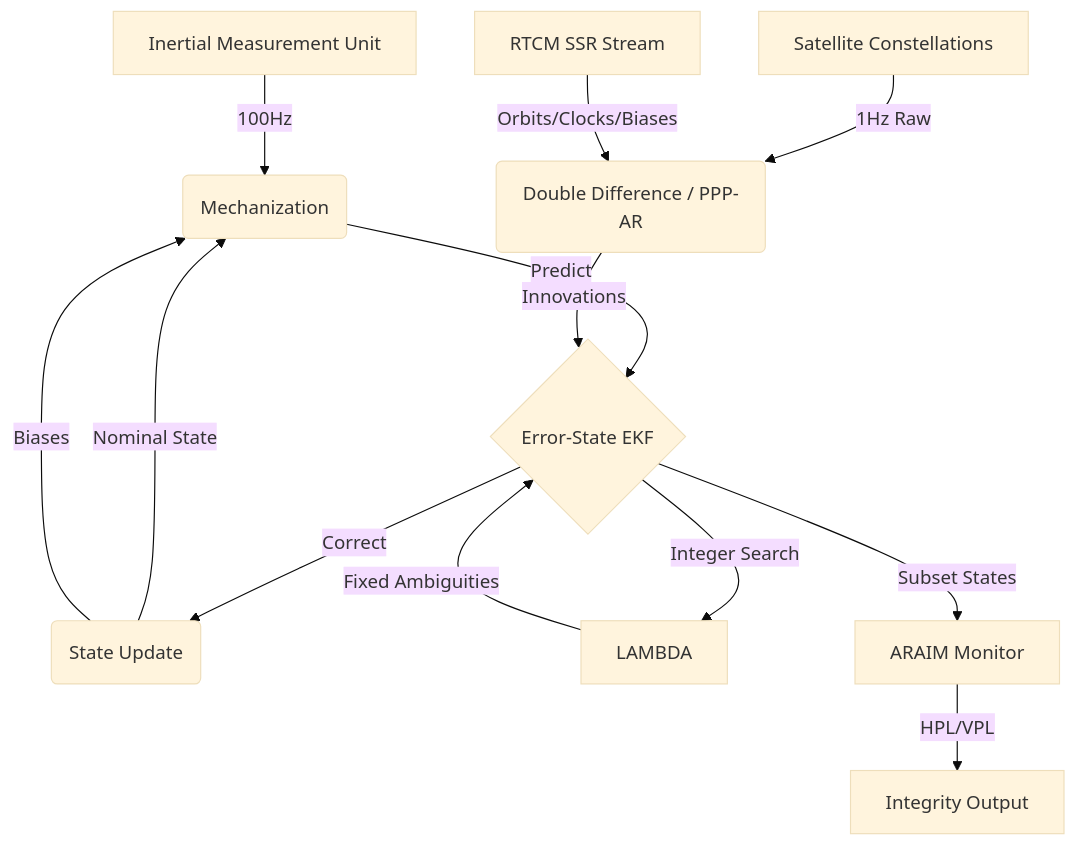
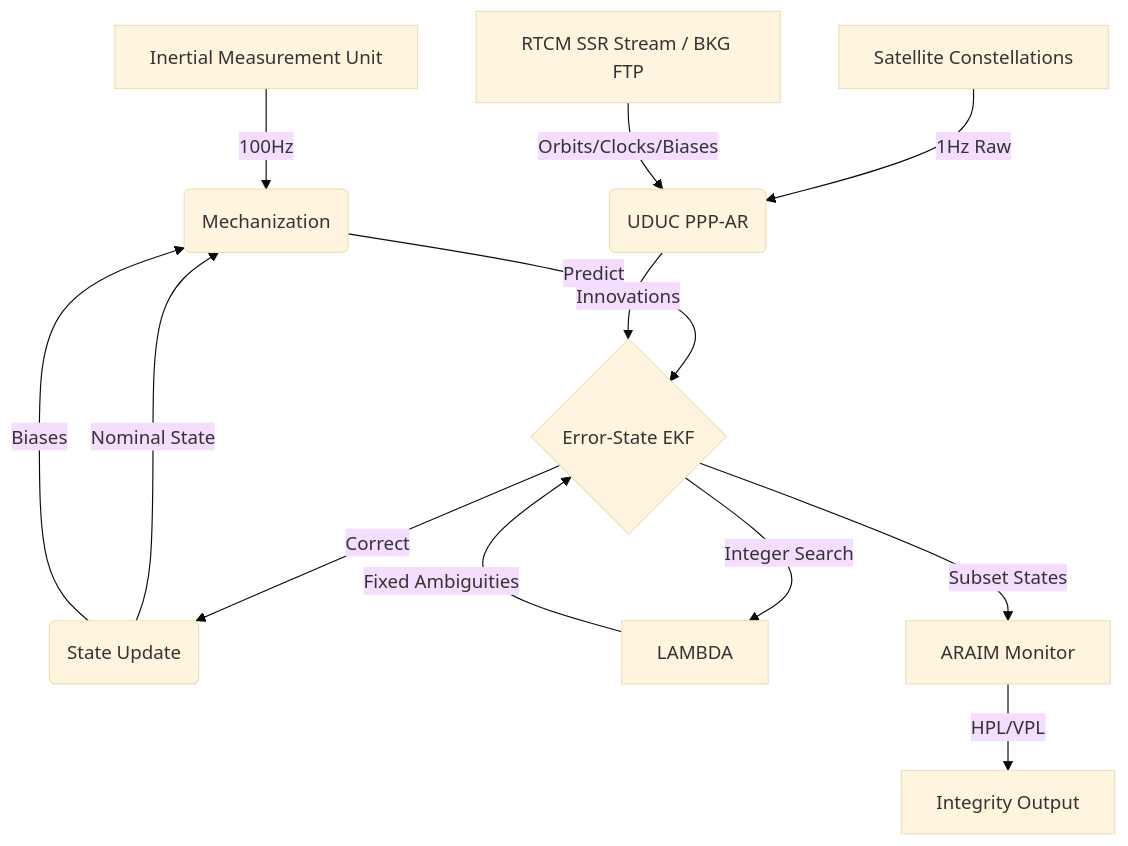
Before and after one commit to bneb/gneiss: the diagram in ARCHITECTURE.md, drawn with Mermaid (base theme). The commit also changed 358 other files, not shown here.

````diff
--- a/ARCHITECTURE.md
+++ b/ARCHITECTURE.md
@@ -16,15 +16,15 @@
 ```mermaid
 graph TD
     A[Inertial Measurement Unit] -->|100Hz| B(Mechanization)
     B -->|Predict| C{Error-State EKF}
-    D[Satellite Constellations] -->|1Hz Raw| E(Double Difference / PPP-AR)
-    S[RTCM SSR Stream] -->|Orbits/Clocks/Biases| E
+    D[Satellite Constellations] -->|1Hz Raw| E(UDUC PPP-AR)
+    S[RTCM SSR Stream / BKG FTP] -->|Orbits/Clocks/Biases| E
     E -->|Innovations| C
     C -->|Correct| F(State Update)
     F -->|Nominal State| B
     F -->|Biases| B
     C -->|Integer Search| G[LAMBDA]
     G -->|Fixed Ambiguities| C
     C -->|Subset States| H[ARAIM Monitor]
     H -->|HPL/VPL| I[Integrity Output]
 ```
````
